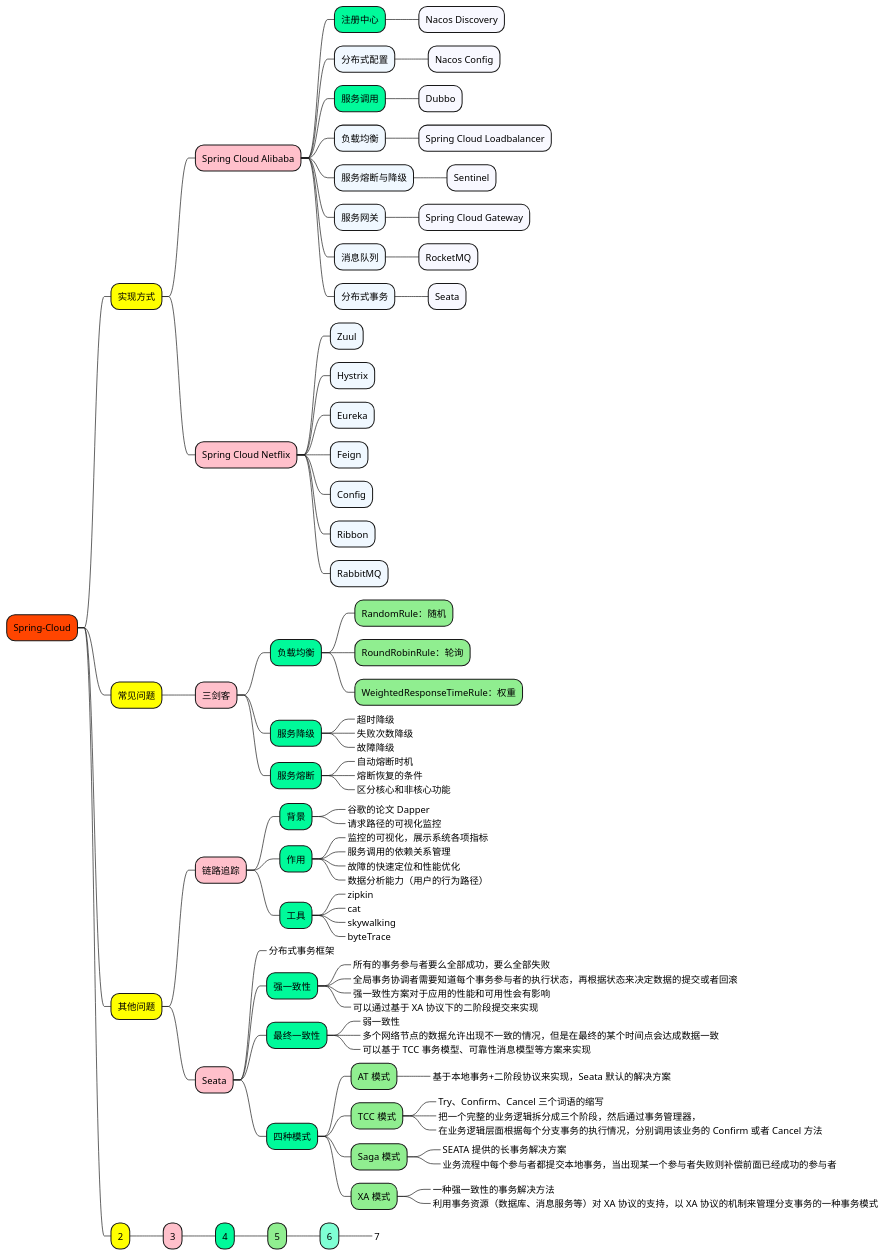
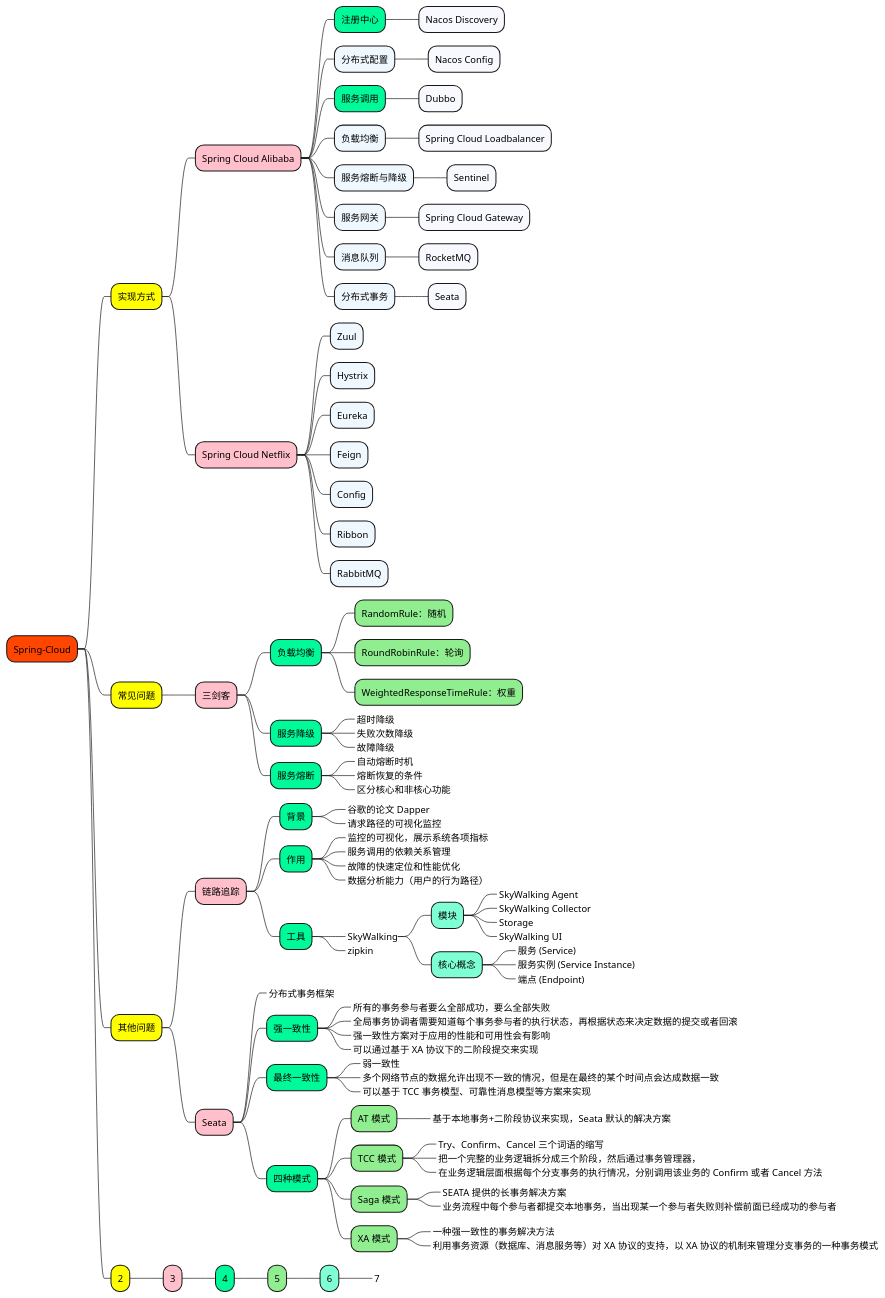
Before and after one commit to doveg/self-cultivation-of-a-software-engineer: the diagram in 1_map/2-framework/Spring-Cloud.puml, drawn with PlantUML. The commit also changed 6 other files, not shown here.

```diff
--- a/1_map/2-framework/Spring-Cloud.puml
+++ b/1_map/2-framework/Spring-Cloud.puml
@@ -1,119 +1,128 @@
 @startmindmap
 
 +[#OrangeRed] Spring-Cloud
 
 ++[#yellow] 实现方式
 
 +++[#Pink] Spring Cloud Alibaba
 ++++[#MediumSpringGreen] 注册中心
 +++++[#GhostWhite] Nacos Discovery
 ++++[#AliceBlue] 分布式配置
 +++++[#GhostWhite] Nacos Config
 ++++[#MediumSpringGreen] 服务调用
 +++++[#GhostWhite] Dubbo
 ++++[#AliceBlue] 负载均衡
 +++++[#GhostWhite] Spring Cloud Loadbalancer
 ++++[#AliceBlue] 服务熔断与降级
 +++++[#GhostWhite] Sentinel
 ++++[#AliceBlue] 服务网关
 +++++[#GhostWhite] Spring Cloud Gateway
 ++++[#AliceBlue] 消息队列
 +++++[#GhostWhite] RocketMQ
 ++++[#AliceBlue] 分布式事务
 +++++[#GhostWhite] Seata
 
 
 +++[#Pink] Spring Cloud Netflix
 ++++[#AliceBlue] Zuul
 ++++[#AliceBlue] Hystrix
 ++++[#AliceBlue] Eureka
 ++++[#AliceBlue] Feign
 ++++[#AliceBlue] Config
 ++++[#AliceBlue] Ribbon
 ++++[#AliceBlue] RabbitMQ
 
 
 ++[#yellow] 常见问题
 
 +++[#Pink] 三剑客
 
 ++++[#MediumSpringGreen] 负载均衡
 +++++[#LightGreen] RandomRule：随机
 +++++[#LightGreen] RoundRobinRule：轮询
 +++++[#LightGreen] WeightedResponseTimeRule：权重
 
 ++++[#MediumSpringGreen] 服务降级
 +++++[#LightGreen]_ 超时降级
 +++++[#LightGreen]_ 失败次数降级
 +++++[#LightGreen]_ 故障降级
 
 ++++[#MediumSpringGreen] 服务熔断
 +++++[#LightGreen]_ 自动熔断时机
 +++++[#LightGreen]_ 熔断恢复的条件
 +++++[#LightGreen]_ 区分核心和非核心功能
 
 
 ++[#yellow] 其他问题
 
 +++[#Pink] 链路追踪
 
 ++++[#MediumSpringGreen] 背景
 +++++[#GhostWhite]_ 谷歌的论文 Dapper
 +++++[#GhostWhite]_ 请求路径的可视化监控
 
 ++++[#MediumSpringGreen] 作用
 +++++[#GhostWhite]_ 监控的可视化，展示系统各项指标
 +++++[#GhostWhite]_ 服务调用的依赖关系管理
 +++++[#GhostWhite]_ 故障的快速定位和性能优化
 +++++[#GhostWhite]_ 数据分析能力（用户的行为路径）
 
 ++++[#MediumSpringGreen] 工具
++++++[#GhostWhite]_ SkyWalking
+++++++[#Aquamarine] 模块
++++++++[#Aquamarine]_ SkyWalking Agent
++++++++[#Aquamarine]_ SkyWalking Collector
++++++++[#Aquamarine]_ Storage
++++++++[#Aquamarine]_ SkyWalking UI
+++++++[#Aquamarine] 核心概念
++++++++[#Aquamarine]_ 服务 (Service)
++++++++[#Aquamarine]_ 服务实例 (Service Instance)
++++++++[#Aquamarine]_ 端点 (Endpoint)
 +++++[#GhostWhite]_ zipkin
-+++++[#GhostWhite]_ cat
-+++++[#GhostWhite]_ skywalking
-+++++[#GhostWhite]_ byteTrace
 
 
 +++[#Pink] Seata
 
 ++++[#MediumSpringGreen]_ 分布式事务框架
 
 ++++[#MediumSpringGreen] 强一致性
 +++++[#LightGreen]_ 所有的事务参与者要么全部成功，要么全部失败
 +++++[#LightGreen]_ 全局事务协调者需要知道每个事务参与者的执行状态，再根据状态来决定数据的提交或者回滚
 +++++[#LightGreen]_ 强一致性方案对于应用的性能和可用性会有影响
 +++++[#LightGreen]_ 可以通过基于 XA 协议下的二阶段提交来实现
 
 ++++[#MediumSpringGreen] 最终一致性
 +++++[#LightGreen]_ 弱一致性
 +++++[#LightGreen]_ 多个网络节点的数据允许出现不一致的情况，但是在最终的某个时间点会达成数据一致
 +++++[#LightGreen]_ 可以基于 TCC 事务模型、可靠性消息模型等方案来实现
 
 ++++[#MediumSpringGreen] 四种模式
 +++++[#LightGreen] AT 模式
 ++++++[#Aquamarine]_ 基于本地事务+二阶段协议来实现，Seata 默认的解决方案
 +++++[#LightGreen] TCC 模式
 ++++++[#Aquamarine]_ Try、Confirm、Cancel 三个词语的缩写
 ++++++[#Aquamarine]_ 把一个完整的业务逻辑拆分成三个阶段，然后通过事务管理器，
 ++++++[#Aquamarine]_ 在业务逻辑层面根据每个分支事务的执行情况，分别调用该业务的 Confirm 或者 Cancel 方法
 +++++[#LightGreen] Saga 模式
 ++++++[#Aquamarine]_ SEATA 提供的长事务解决方案
 ++++++[#Aquamarine]_ 业务流程中每个参与者都提交本地事务，当出现某一个参与者失败则补偿前面已经成功的参与者
 +++++[#LightGreen] XA 模式
 ++++++[#Aquamarine]_ 一种强一致性的事务解决方法
 ++++++[#Aquamarine]_ 利用事务资源（数据库、消息服务等）对 XA 协议的支持，以 XA 协议的机制来管理分支事务的一种事务模式
 
 
 
 ++[#yellow] 2
 
 +++[#Pink] 3
 
 ++++[#MediumSpringGreen] 4
 +++++[#LightGreen] 5
 ++++++[#Aquamarine] 6
 +++++++[#Aquamarine]_ 7
 
 
+'skywalking简单原理 https://www.jianshu.com/p/e29973236ffb
+
 
 @endmindmap
```
